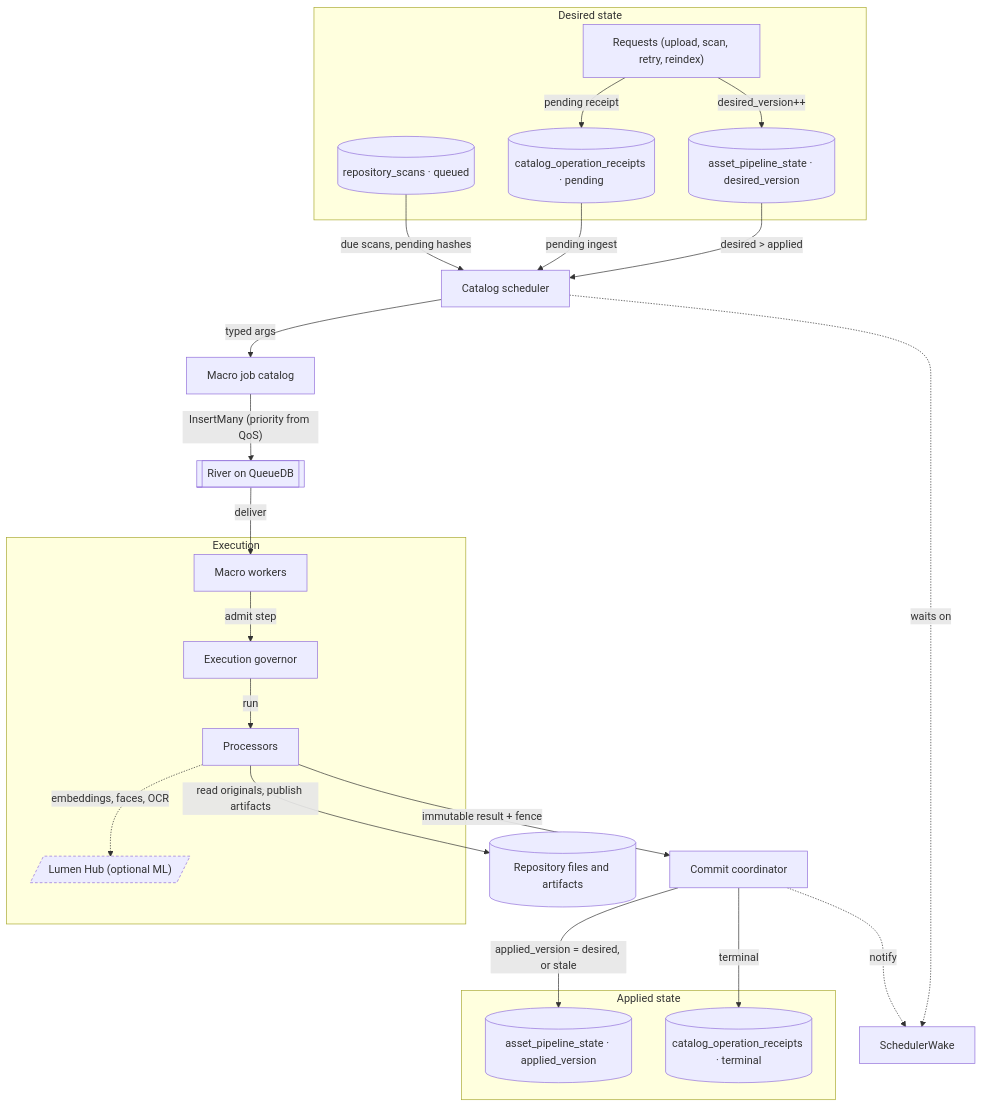
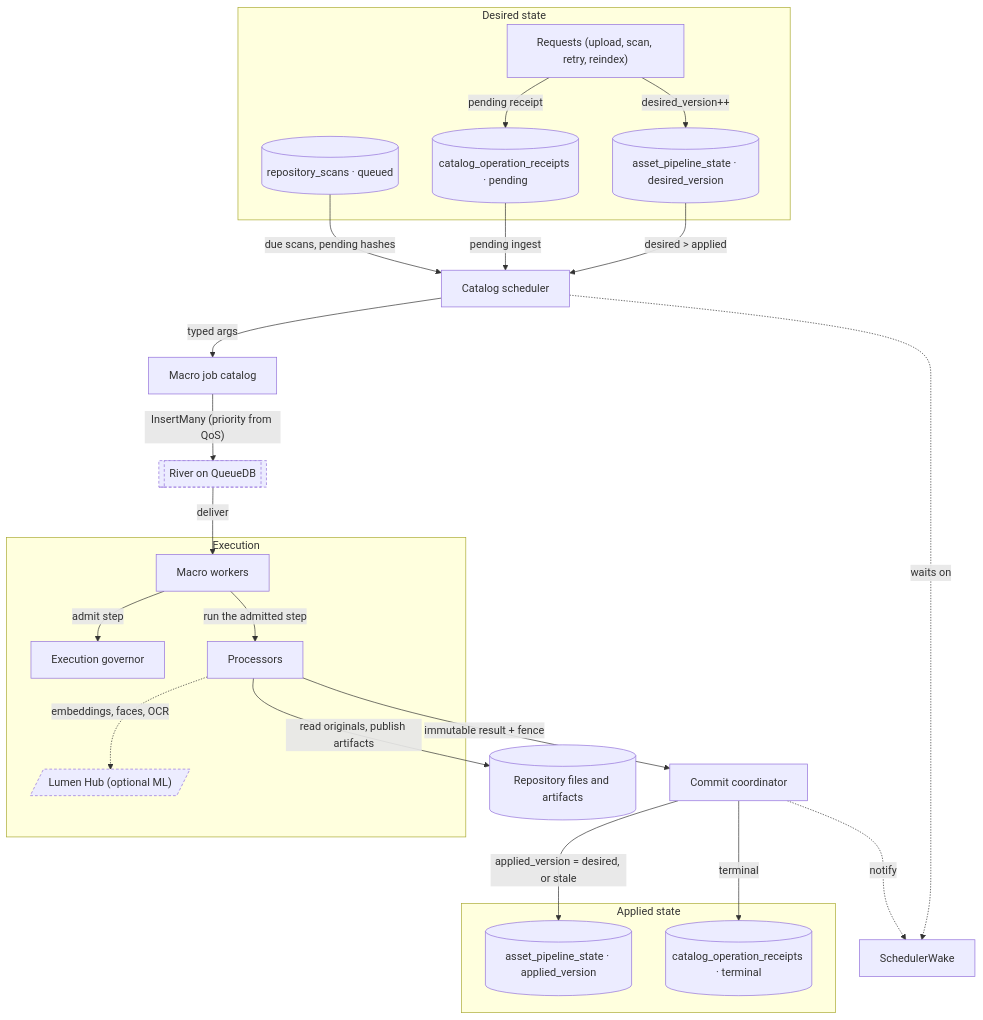
The diagram in docs/atlas/generated/dataflow/background-work.md (EdwinZhanCN/Lumilio-Photos), drawn with Mermaid before and after one commit. The commit also changed other lines of this file and 58 other files, not shown here.

````diff
--- a/docs/atlas/generated/dataflow/background-work.md
+++ b/docs/atlas/generated/dataflow/background-work.md
@@ -9,44 +9,44 @@
 ```mermaid
 flowchart TB
     subgraph n_g_Desired_state["Desired state"]
         n_requests["Requests (upload, scan, retry, reindex)"]
         n_state[("asset_pipeline_state · desired_version")]
         n_receipts[("catalog_operation_receipts · pending")]
         n_scans[("repository_scans · queued")]
     end
     n_scheduler["Catalog scheduler"]
     n_wake["SchedulerWake"]
     n_catalogjobs["Macro job catalog"]
     n_river[["River on QueueDB"]]
     subgraph n_g_Execution["Execution"]
         n_workers["Macro workers"]
         n_governor["Execution governor"]
         n_processors["Processors"]
         n_lumen[/"Lumen Hub (optional ML)"/]
     end
     n_files[("Repository files and artifacts")]
     n_coordinator["Commit coordinator"]
     subgraph n_g_Applied_state["Applied state"]
         n_applied[("asset_pipeline_state · applied_version")]
         n_terminal[("catalog_operation_receipts · terminal")]
     end
     n_requests -->|"desired_version++"| n_state
     n_requests -->|"pending receipt"| n_receipts
     n_state -->|"desired > applied"| n_scheduler
     n_receipts -->|"pending ingest"| n_scheduler
     n_scans -->|"due scans, pending hashes"| n_scheduler
     n_scheduler -.->|"waits on"| n_wake
     n_scheduler -->|"typed args"| n_catalogjobs
     n_catalogjobs -->|"InsertMany (priority from QoS)"| n_river
     n_river -->|"deliver"| n_workers
     n_workers -->|"admit step"| n_governor
-    n_governor -->|"run"| n_processors
+    n_workers -->|"run the admitted step"| n_processors
     n_processors -->|"read originals, publish artifacts"| n_files
     n_processors -.->|"embeddings, faces, OCR"| n_lumen
     n_processors -->|"immutable result + fence"| n_coordinator
     n_coordinator -->|"applied_version = desired, or stale"| n_applied
     n_coordinator -->|"terminal"| n_terminal
     n_coordinator -.->|"notify"| n_wake
     classDef external stroke-dasharray:4 3
-    class n_lumen external
+    class n_river,n_lumen external
 ```
````
